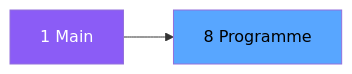
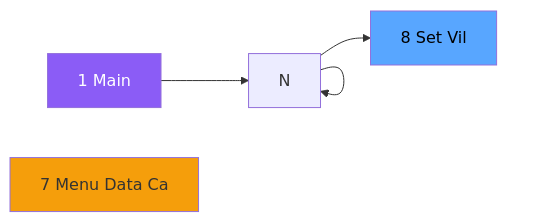
Before and after one commit to thonyAGP/magic-migration: the second of 3 diagrams in .openspec/specs/ADH-IDE-8.md, drawn with Mermaid. The commit also changed other lines of this file and 323 other files, not shown here.

````diff
--- a/.openspec/specs/ADH-IDE-8.md
+++ b/.openspec/specs/ADH-IDE-8.md
@@ -99,8 +125,13 @@
 ```mermaid
 graph LR
     M[1 Main]
-    T[8 Programme]
-    M --> T
+    N7[7 Menu Data Ca]
+    T[8      Set Vil]
+    M --> N
+    N --> N
+    N --> N
+    N --> T
     style M fill:#8b5cf6,color:#fff
+    style N7 fill:#f59e0b
     style T fill:#58a6ff,color:#000
 ```
````
